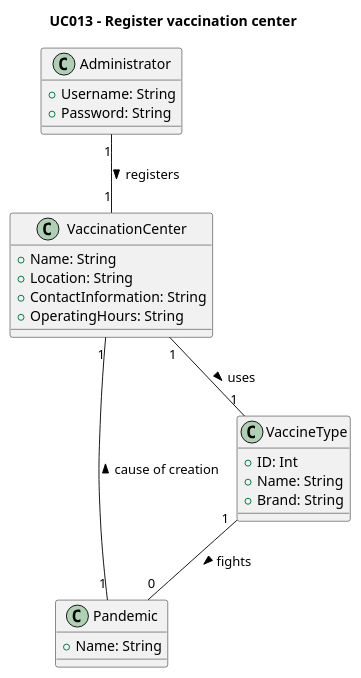
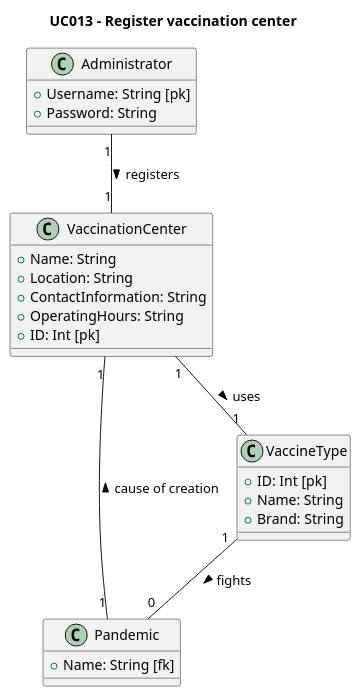
The diagram in sns-base/doc/global/use-cases/UC013/uc-UCD013-DM.puml (rafaafig/SnsTrab), drawn with PlantUML before and after one commit. The commit also changed 10 other files, not shown here.

Commit message:
modelo logico nos diagramas dos casos

```diff
--- a/sns-base/doc/global/use-cases/UC013/uc-UCD013-DM.puml
+++ b/sns-base/doc/global/use-cases/UC013/uc-UCD013-DM.puml
@@ -1,35 +1,36 @@
 @startuml
 'skinparam monochrome true
 'skinparam shadowing false
 
 title UC013 - Register vaccination center
 
 class Administrator {
-    +Username: String
+    +Username: String [pk]
     +Password: String
 }
 
 class VaccinationCenter {
     +Name: String
     +Location: String
     +ContactInformation: String
     +OperatingHours: String
+    +ID: Int [pk]
 }
 
 class Pandemic {
-    +Name: String
+    +Name: String [fk]
 }
 
 class VaccineType {
-  +ID: Int
+  +ID: Int [pk]
   +Name: String
   +Brand: String
 }
 
 ' Relationships
 Administrator "1" -- "1" VaccinationCenter : registers >
 VaccinationCenter "1" -- "1" VaccineType : uses >
 VaccineType "1" -- "0" Pandemic : fights >
 VaccinationCenter "1" -- "1" Pandemic : cause of creation <
 
 @enduml
```
